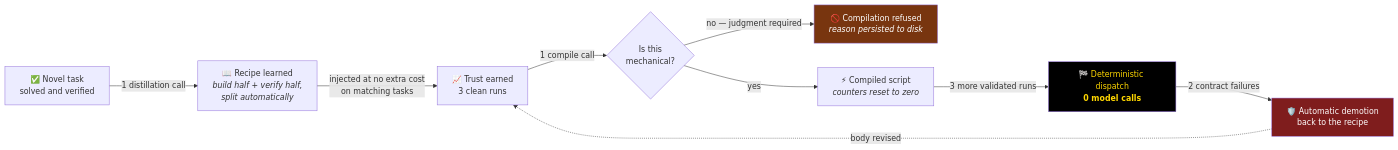
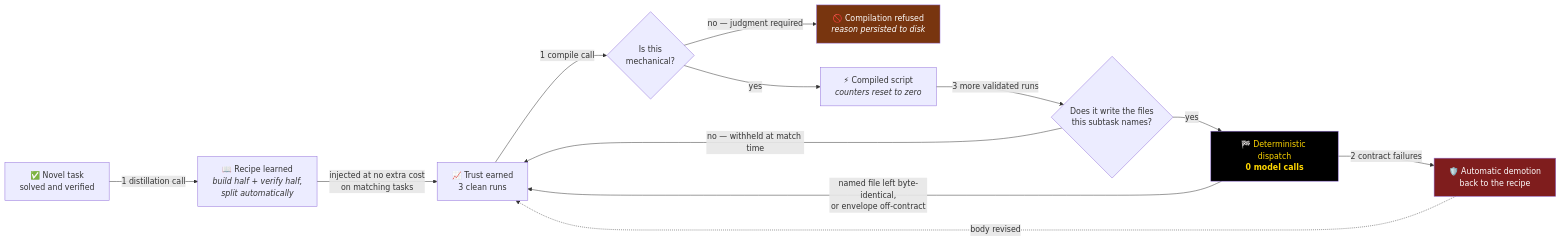
One commit to mgtf/atoma changed the fourth of 6 diagrams in docs/how-it-works.md. Above: the diagram before and after it, drawn with Mermaid. The commit also changed other lines of this file and 1 other file, not shown here.

````diff
--- a/docs/how-it-works.md
+++ b/docs/how-it-works.md
@@ -243,14 +251,17 @@
 ```mermaid
 graph LR
     A["✅ Novel task<br/>solved and verified"] -->|"1 distillation call"| B["📖 Recipe learned<br/><i>build half + verify half,<br/>split automatically</i>"]
     B -->|"injected at no extra cost<br/>on matching tasks"| C["📈 Trust earned<br/>3 clean runs"]
     C -->|"1 compile call"| D{"Is this<br/>mechanical?"}
     D -->|"no — judgment required"| X["🚫 Compilation refused<br/><i>reason persisted to disk</i>"]
     D -->|"yes"| E["⚡ Compiled script<br/><i>counters reset to zero</i>"]
-    E -->|"3 more validated runs"| F["🏁 Deterministic dispatch<br/><b>0 model calls</b>"]
+    E -->|"3 more validated runs"| M{"Does it write the files<br/>this subtask names?"}
+    M -->|"no — withheld at match time"| C
+    M -->|"yes"| F["🏁 Deterministic dispatch<br/><b>0 model calls</b>"]
+    F -->|"named file left byte-identical,<br/>or envelope off-contract"| C
     F -->|"2 contract failures"| G["🛡️ Automatic demotion<br/>back to the recipe"]
     G -.->|"body revised"| C
     style F fill:#000,color:#ffd700
     style X fill:#78350f,color:#fff
     style G fill:#7f1d1d,color:#fff
 ```
````
